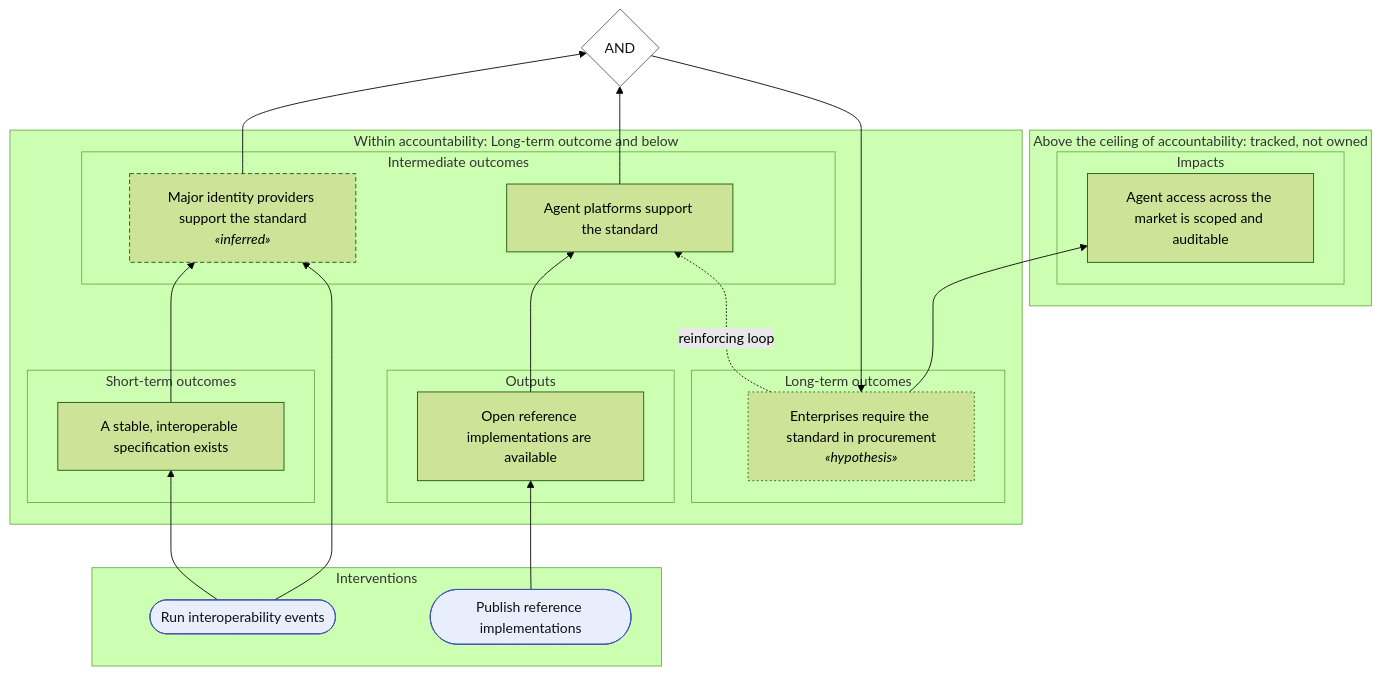
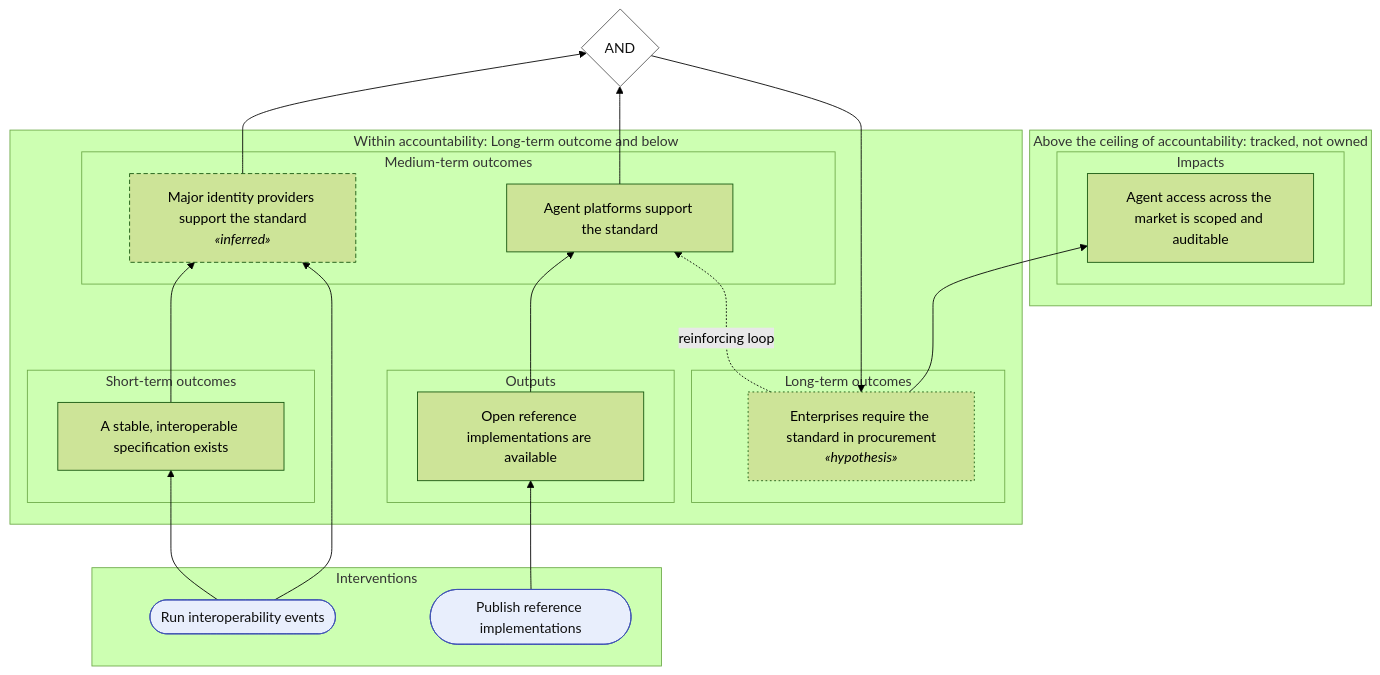
The first of 2 diagrams in pkg/report/testdata/definitions.md (ProductBuildersHQ/theoryofchange-spec), drawn with Mermaid (forest theme) before and after one commit. The commit also changed other lines of this file and 24 other files, not shown here.

First line of the commit message:
test: update tests and goldens for the medium_term level

````diff
--- a/pkg/report/testdata/definitions.md
+++ b/pkg/report/testdata/definitions.md
@@ -7,50 +7,50 @@
 ```mermaid
 flowchart BT
   classDef green fill:#d9f2d9,stroke:#2e7d32,color:#111
   classDef yellow fill:#fff4cc,stroke:#b8860b,color:#111
   classDef red fill:#f8d7d7,stroke:#c62828,color:#111
   classDef grey fill:#eeeeee,stroke:#757575,color:#111
   classDef inferred stroke-dasharray: 5 3
   classDef hypothesis stroke-dasharray: 2 3
   classDef intervention fill:#e8eefc,stroke:#3f51b5,color:#111
   classDef logic fill:#ffffff,stroke:#555555,color:#111
   subgraph above["Above the ceiling of accountability: tracked, not owned"]
     subgraph lv_impact["Impacts"]
       n_oc_safer_agents["Agent access across the market is scoped and auditable"]
     end
   end
   subgraph within["Within accountability: Long-term outcome and below"]
     subgraph lv_long_term["Long-term outcomes"]
       n_oc_enterprise_require["Enterprises require the standard in procurement<br/><i>«hypothesis»</i>"]
     end
-    subgraph lv_intermediate["Intermediate outcomes"]
+    subgraph lv_medium_term["Medium-term outcomes"]
       n_oc_idp_support["Major identity providers support the standard<br/><i>«inferred»</i>"]
       n_oc_platform_support["Agent platforms support the standard"]
     end
     subgraph lv_short_term["Short-term outcomes"]
       n_oc_spec_stable["A stable, interoperable specification exists"]
     end
     subgraph lv_output["Outputs"]
       n_oc_reference_impl["Open reference implementations are available"]
     end
   end
   subgraph interventions["Interventions"]
     n_int_interop(["Run interoperability events"])
     n_int_reference(["Publish reference implementations"])
   end
   n_grp_supply{"AND"}
   n_oc_idp_support --> n_grp_supply
   n_oc_platform_support --> n_grp_supply
   n_grp_supply --> n_oc_enterprise_require
   n_oc_spec_stable --> n_oc_idp_support
   n_oc_reference_impl --> n_oc_platform_support
   n_oc_enterprise_require --> n_oc_safer_agents
   n_oc_enterprise_require -.->|"reinforcing loop"| n_oc_platform_support
   n_int_interop --> n_oc_spec_stable
   n_int_interop --> n_oc_idp_support
   n_int_reference --> n_oc_reference_impl
   class n_oc_enterprise_require hypothesis
   class n_oc_idp_support inferred
   class n_int_interop,n_int_reference intervention
   class n_grp_supply logic
 ```
````
